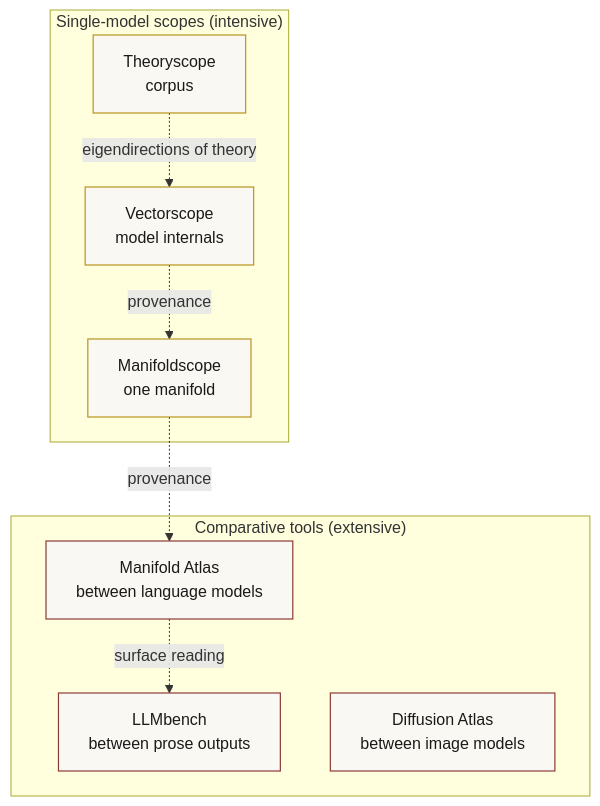
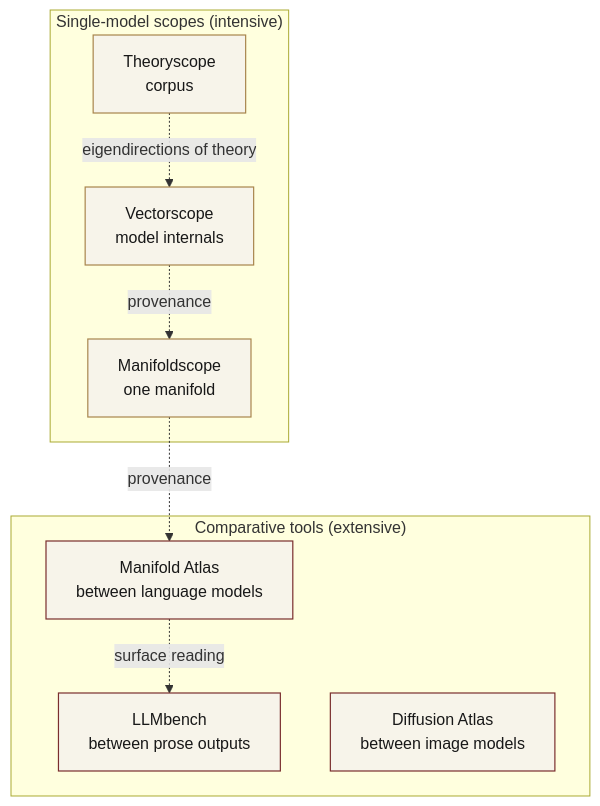
The diagram in index.md (vector-lab-tools/vector-lab-tools.github.io), drawn with Mermaid before and after one commit. The commit also changed 24 other files, not shown here.

```diff
--- a/index.md
+++ b/index.md
@@ -28,24 +28,24 @@
 <div class="mermaid">
 graph TB
   subgraph scopes["Single-model scopes (intensive)"]
     T["Theoryscope\ncorpus"]
     V["Vectorscope\nmodel internals"]
     M["Manifoldscope\none manifold"]
   end
 
   subgraph comparative["Comparative tools (extensive)"]
     A["Manifold Atlas\nbetween language models"]
     L["LLMbench\nbetween prose outputs"]
     D["Diffusion Atlas\nbetween image models"]
   end
 
   V -.provenance.-> M
   M -.provenance.-> A
   A -.surface reading.-> L
   T -.eigendirections of theory.-> V
 
-  classDef scope fill:#faf8f2,stroke:#b8941e,color:#1a1a1a,stroke-width:1.2px;
-  classDef comp fill:#faf8f2,stroke:#8b3a3a,color:#1a1a1a,stroke-width:1.2px;
+  classDef scope fill:#f7f4ea,stroke:#a8854d,color:#181818,stroke-width:1.2px;
+  classDef comp fill:#f7f4ea,stroke:#7a2e2e,color:#181818,stroke-width:1.2px;
   class T,V,M scope;
   class A,L,D comp;
 </div>
```
